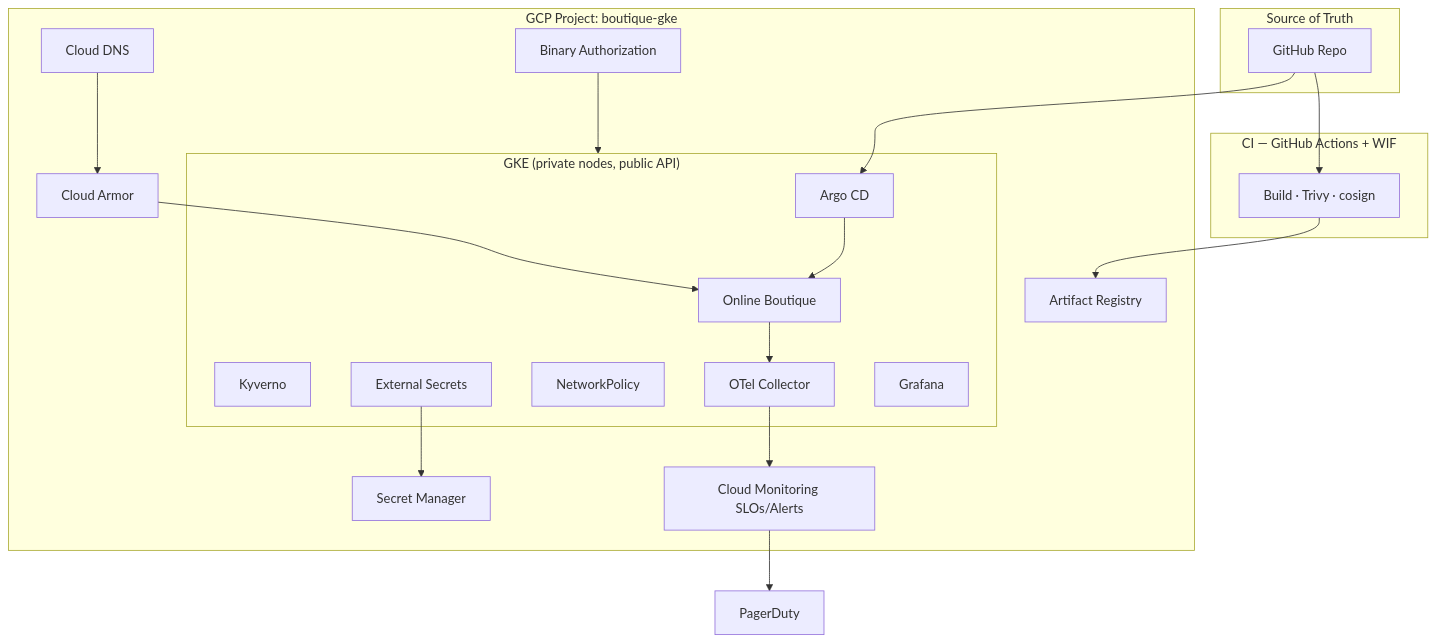
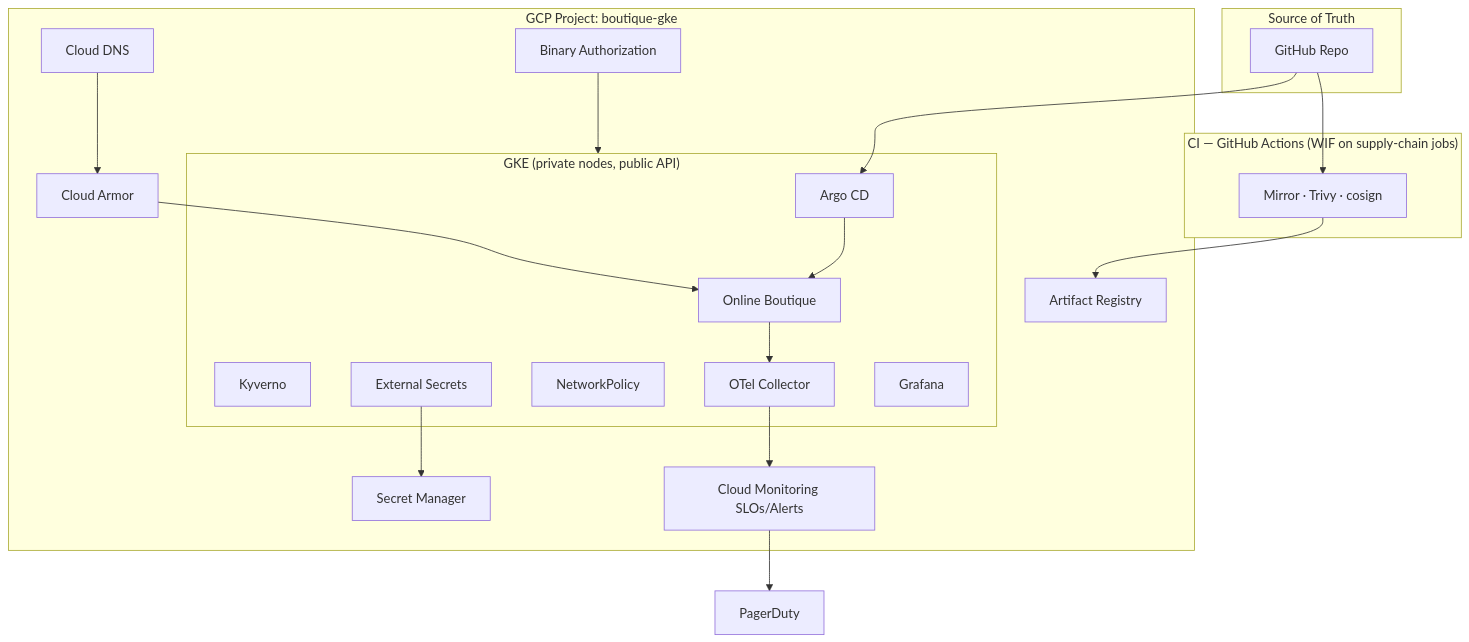
One commit to btilki/boutique-gke-sre changed the diagram in docs/architecture/overview.md. Above: the diagram before and after it, drawn with Mermaid. The commit also changed other lines of this file and 28 other files, not shown here.

````diff
--- a/docs/architecture/overview.md
+++ b/docs/architecture/overview.md
@@ -92,41 +92,41 @@
 ```mermaid
 flowchart TB
   subgraph Git["Source of Truth"]
     GH[GitHub Repo]
   end
 
-  subgraph CI["CI — GitHub Actions + WIF"]
-    GHA[Build · Trivy · cosign]
+  subgraph CI["CI — GitHub Actions (WIF on supply-chain jobs)"]
+    GHA[Mirror · Trivy · cosign]
   end
 
   subgraph GCP["GCP Project: boutique-gke"]
     AR[Artifact Registry]
     BA[Binary Authorization]
     SM[Secret Manager]
     CM[Cloud Monitoring SLOs/Alerts]
     DNS[Cloud DNS]
     CA[Cloud Armor]
 
     subgraph GKE["GKE (private nodes, public API)"]
       AC[Argo CD]
       KY[Kyverno]
       ESO[External Secrets]
       NP[NetworkPolicy]
       OB[Online Boutique]
       OT[OTel Collector]
       GF[Grafana]
     end
   end
 
   PD[PagerDuty]
 
   GH --> GHA --> AR
   GH --> AC
   AC --> OB
   ESO --> SM
   OB --> OT --> CM
   CA --> OB
   DNS --> CA
   BA --> GKE
   CM --> PD
 ```
````
